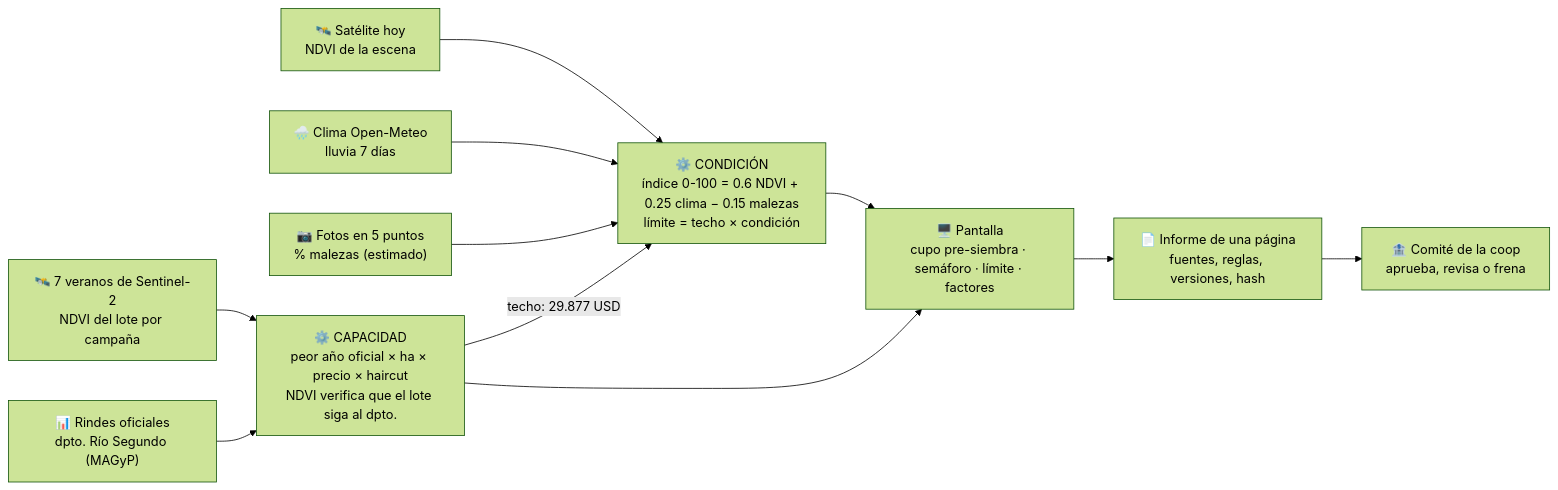
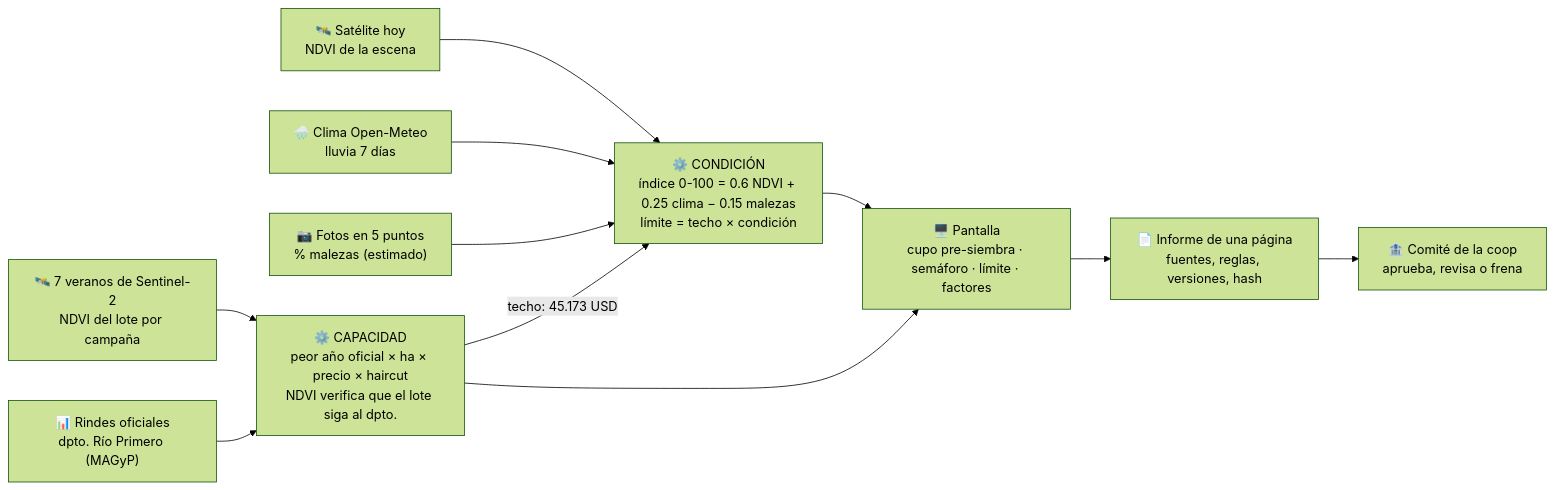
The diagram in docs/como-funciona-precrop.md (raulfunes/PreCrop), drawn with Mermaid (forest theme) before and after one commit. The commit also changed other lines of this file and 12 other files, not shown here.

First line of the commit message:
fix(data): the demo lot is in Río Primero; resolve the department from the polygon and regenerate the official series

````diff
--- a/docs/como-funciona-precrop.md
+++ b/docs/como-funciona-precrop.md
@@ -8,25 +8,25 @@
 ```mermaid
 flowchart LR
     HIST["🛰️ 7 veranos de Sentinel-2<br/>NDVI del lote por campaña"]
-    OFI["📊 Rindes oficiales<br/>dpto. Río Segundo (MAGyP)"]
+    OFI["📊 Rindes oficiales<br/>dpto. Río Primero (MAGyP)"]
     SAT["🛰️ Satélite hoy<br/>NDVI de la escena"]
     CLI["🌧️ Clima Open-Meteo<br/>lluvia 7 días"]
     FOT["📷 Fotos en 5 puntos<br/>% malezas (estimado)"]
 
     CAP["⚙️ CAPACIDAD<br/>peor año oficial × ha × precio × haircut<br/>NDVI verifica que el lote siga al dpto."]
     CON["⚙️ CONDICIÓN<br/>índice 0-100 = 0.6 NDVI + 0.25 clima − 0.15 malezas<br/>límite = techo × condición"]
     WEB["🖥️ Pantalla<br/>cupo pre-siembra · semáforo · límite · factores"]
     REP["📄 Informe de una página<br/>fuentes, reglas, versiones, hash"]
     COOP["🏦 Comité de la coop<br/>aprueba, revisa o frena"]
 
     HIST --> CAP
     OFI --> CAP
     SAT --> CON
     CLI --> CON
     FOT --> CON
-    CAP -->|"techo: 29.877 USD"| CON
+    CAP -->|"techo: 45.173 USD"| CON
     CAP --> WEB
     CON --> WEB
     WEB --> REP
     REP --> COOP
 ```
````
